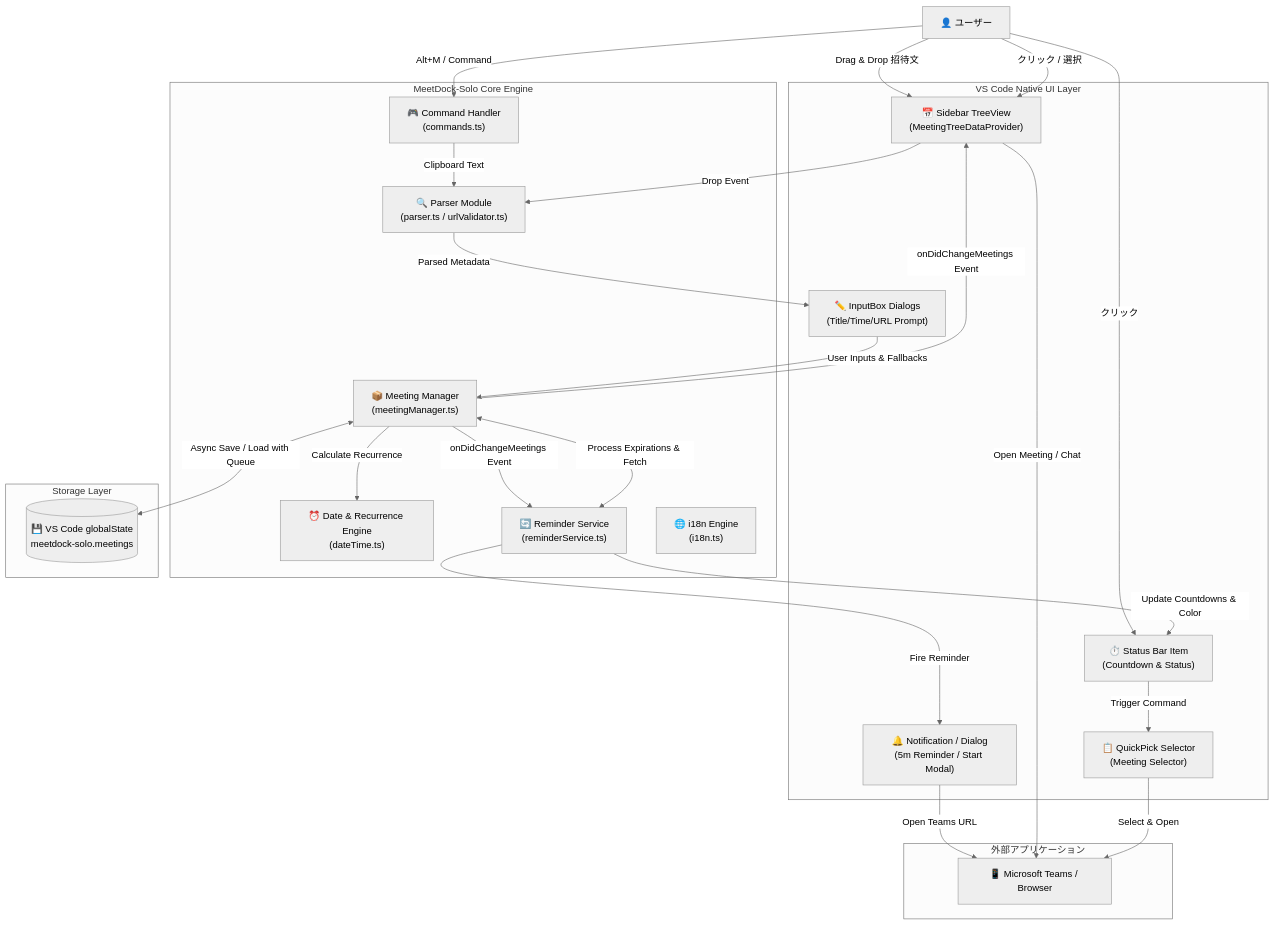
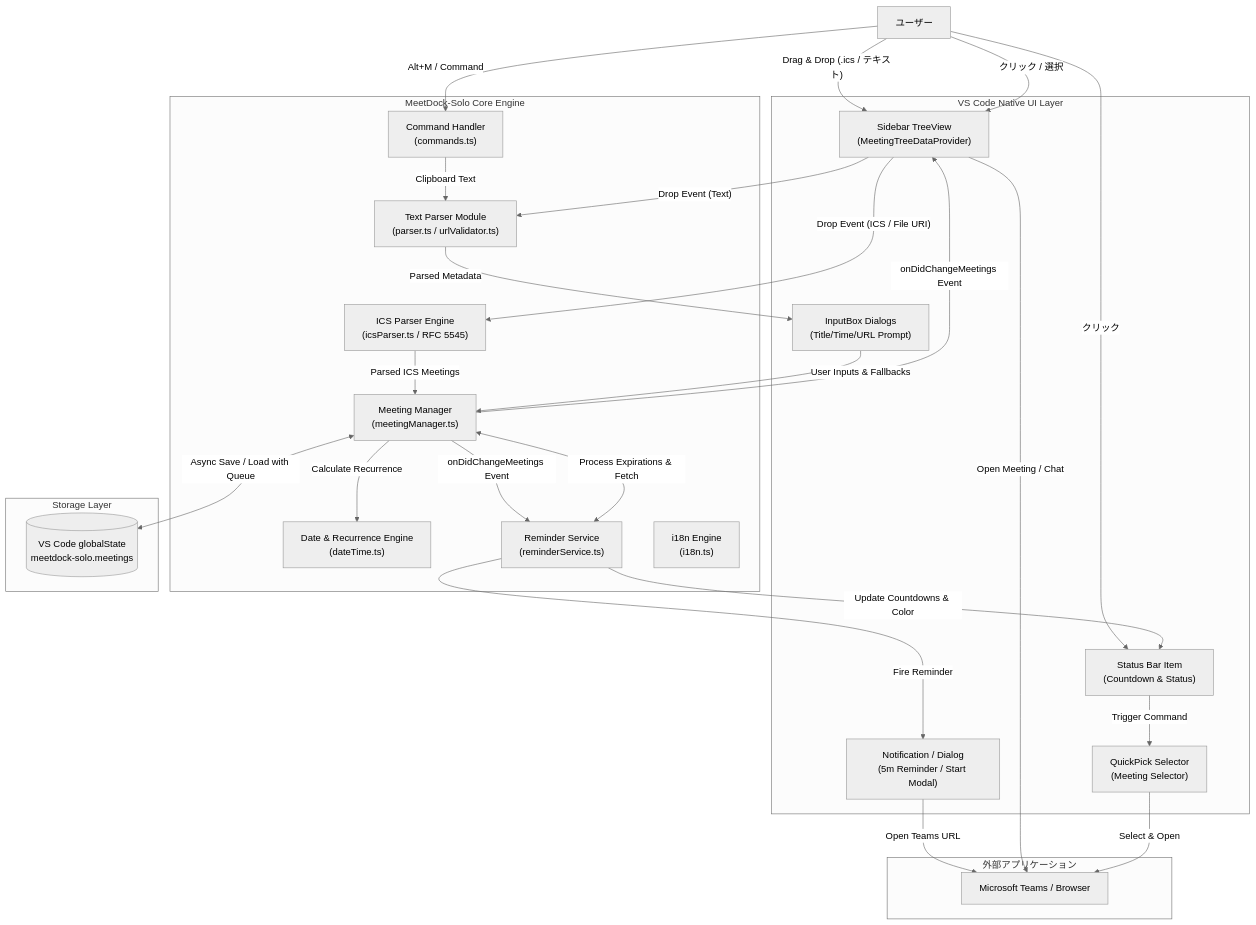
Before and after one commit to masanori-satake/MeetDock-Solo: the first of 2 diagrams in docs/architecture.md, drawn with Mermaid (neutral theme). The commit also changed other lines of this file and 30 other files, not shown here.

````diff
--- a/docs/architecture.md
+++ b/docs/architecture.md
@@ -32,61 +32,55 @@
 ```mermaid
 graph TD
-    %% アクターと外部システム
-    User["👤 ユーザー"]
+    User["ユーザー"]
     subgraph ExternalApp ["外部アプリケーション"]
-        Teams["📱 Microsoft Teams / Browser"]
+        Teams["Microsoft Teams / Browser"]
     end
 
-    %% VS Code UI Layer
     subgraph VSC_UI ["VS Code Native UI Layer"]
-        Sidebar["📅 Sidebar TreeView<br/>(MeetingTreeDataProvider)"]
-        StatusBar["⏱️ Status Bar Item<br/>(Countdown & Status)"]
-        Notification["🔔 Notification / Dialog<br/>(5m Reminder / Start Modal)"]
-        QuickPickUI["📋 QuickPick Selector<br/>(Meeting Selector)"]
-        InputBoxUI["✏️ InputBox Dialogs<br/>(Title/Time/URL Prompt)"]
+        Sidebar["Sidebar TreeView<br/>(MeetingTreeDataProvider)"]
+        StatusBar["Status Bar Item<br/>(Countdown & Status)"]
+        Notification["Notification / Dialog<br/>(5m Reminder / Start Modal)"]
+        QuickPickUI["QuickPick Selector<br/>(Meeting Selector)"]
+        InputBoxUI["InputBox Dialogs<br/>(Title/Time/URL Prompt)"]
     end
 
-    %% MeetDock-Solo Core Modules
     subgraph CoreEngine ["MeetDock-Solo Core Engine"]
-        CmdHandler["🎮 Command Handler<br/>(commands.ts)"]
-        ParserMod["🔍 Parser Module<br/>(parser.ts / urlValidator.ts)"]
-        DateTimeMod["⏰ Date & Recurrence Engine<br/>(dateTime.ts)"]
-        MeetingMgr["📦 Meeting Manager<br/>(meetingManager.ts)"]
-        ReminderSvc["🔄 Reminder Service<br/>(reminderService.ts)"]
-        I18nMod["🌐 i18n Engine<br/>(i18n.ts)"]
+        CmdHandler["Command Handler<br/>(commands.ts)"]
+        ParserMod["Text Parser Module<br/>(parser.ts / urlValidator.ts)"]
+        IcsParserMod["ICS Parser Engine<br/>(icsParser.ts / RFC 5545)"]
+        DateTimeMod["Date & Recurrence Engine<br/>(dateTime.ts)"]
+        MeetingMgr["Meeting Manager<br/>(meetingManager.ts)"]
+        ReminderSvc["Reminder Service<br/>(reminderService.ts)"]
+        I18nMod["i18n Engine<br/>(i18n.ts)"]
     end
 
-    %% Storage Layer
     subgraph StorageLayer ["Storage Layer"]
-        GlobalState[("💾 VS Code globalState<br/>meetdock-solo.meetings")]
+        GlobalState[("VS Code globalState<br/>meetdock-solo.meetings")]
     end
 
-    %% ユーザー操作フロー
-    User -->|Drag & Drop 招待文| Sidebar
-    User -->|Alt+M / Command| CmdHandler
-    User -->|クリック / 選択| Sidebar
-    User -->|クリック| StatusBar
+    User -->|"Drag & Drop (.ics / テキスト)"| Sidebar
+    User -->|"Alt+M / Command"| CmdHandler
+    User -->|"クリック / 選択"| Sidebar
+    User -->|"クリック"| StatusBar
 
-    %% 登録・補間ライン
-    Sidebar -->|Drop Event| ParserMod
-    CmdHandler -->|Clipboard Text| ParserMod
-    ParserMod -->|Parsed Metadata| InputBoxUI
-    InputBoxUI -->|User Inputs & Fallbacks| MeetingMgr
+    Sidebar -->|"Drop Event (ICS / File URI)"| IcsParserMod
+    Sidebar -->|"Drop Event (Text)"| ParserMod
+    CmdHandler -->|"Clipboard Text"| ParserMod
+    IcsParserMod -->|"Parsed ICS Meetings"| MeetingMgr
+    ParserMod -->|"Parsed Metadata"| InputBoxUI
+    InputBoxUI -->|"User Inputs & Fallbacks"| MeetingMgr
 
-    %% 管理・保存・ロジックライン
-    MeetingMgr <-->|Async Save / Load with Queue| GlobalState
-    MeetingMgr -->|Calculate Recurrence| DateTimeMod
-    ReminderSvc <-->|Process Expirations & Fetch| MeetingMgr
+    MeetingMgr <-->|"Async Save / Load with Queue"| GlobalState
+    MeetingMgr -->|"Calculate Recurrence"| DateTimeMod
+    ReminderSvc <-->|"Process Expirations & Fetch"| MeetingMgr
 
-    %% UI更新・通知ライン
-    MeetingMgr -->|onDidChangeMeetings Event| Sidebar
-    MeetingMgr -->|onDidChangeMeetings Event| ReminderSvc
-    ReminderSvc -->|Update Countdowns & Color| StatusBar
-    ReminderSvc -->|Fire Reminder| Notification
-    StatusBar -->|Trigger Command| QuickPickUI
+    MeetingMgr -->|"onDidChangeMeetings Event"| Sidebar
+    MeetingMgr -->|"onDidChangeMeetings Event"| ReminderSvc
+    ReminderSvc -->|"Update Countdowns & Color"| StatusBar
+    ReminderSvc -->|"Fire Reminder"| Notification
+    StatusBar -->|"Trigger Command"| QuickPickUI
 
-    %% 外部起動ライン
-    Notification -->|Open Teams URL| Teams
-    Sidebar -->|Open Meeting / Chat| Teams
-    QuickPickUI -->|Select & Open| Teams
+    Notification -->|"Open Teams URL"| Teams
+    Sidebar -->|"Open Meeting / Chat"| Teams
+    QuickPickUI -->|"Select & Open"| Teams
 ```
````
